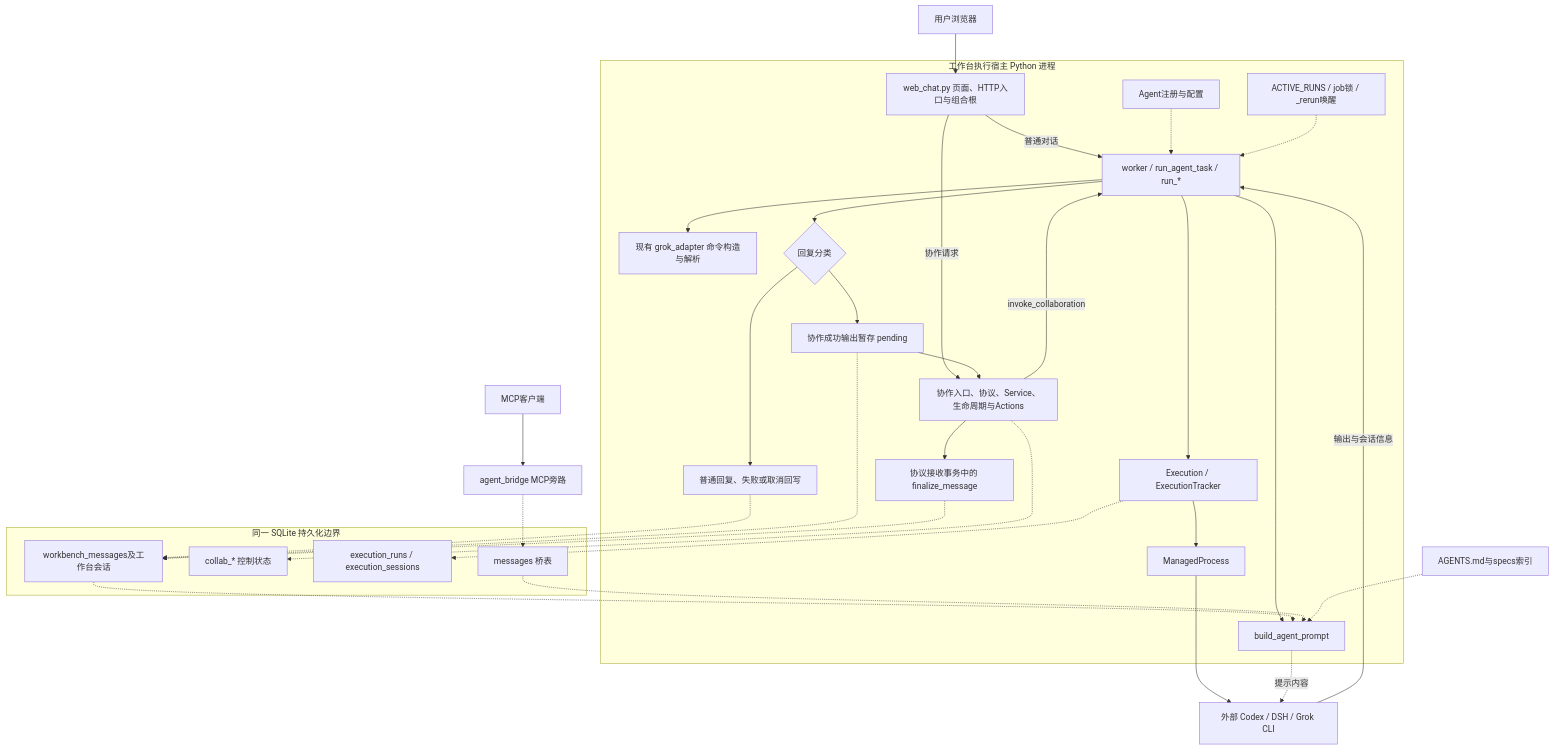
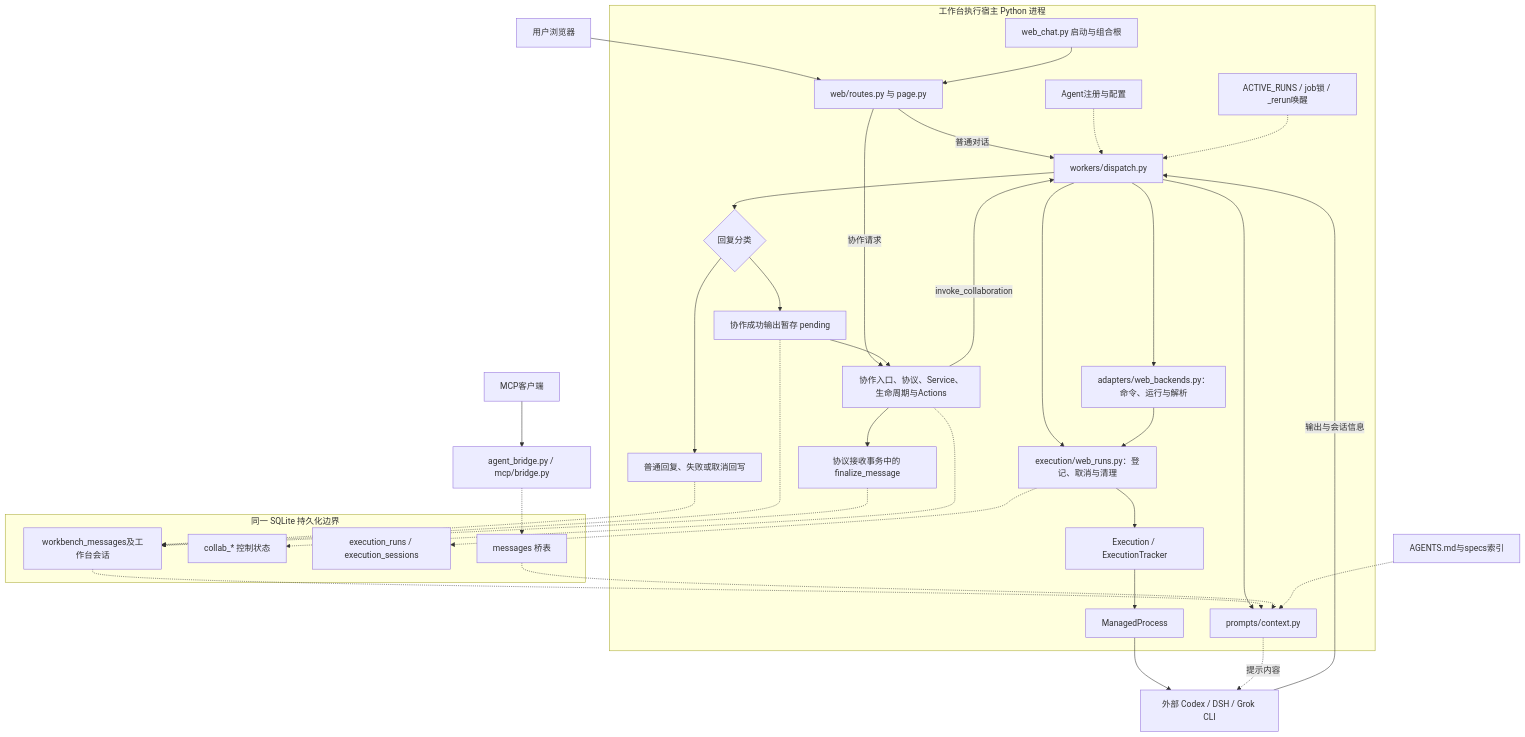
Before and after one commit to fuhongbing134/CoAgent: the diagram in docs/architecture/ARCHITECTURE.md, drawn with Mermaid. The commit also changed other lines of this file and 168 other files, not shown here.

````diff
--- a/docs/architecture/ARCHITECTURE.md
+++ b/docs/architecture/ARCHITECTURE.md
@@ -19,44 +19,47 @@
 ```mermaid
 flowchart TB
-  U["用户浏览器"] --> H
+  U["用户浏览器"] --> HTTP
 
   subgraph HOST["工作台执行宿主 Python 进程"]
-    H["web_chat.py 页面、HTTP入口与组合根"]
-    H -->|"普通对话"| W["worker / run_agent_task / run_*"]
-    H -->|"协作请求"| C["协作入口、协议、Service、生命周期与Actions"]
+    H["web_chat.py 启动与组合根"]
+    H --> HTTP["web/routes.py 与 page.py"]
+    HTTP -->|"普通对话"| W["workers/dispatch.py"]
+    HTTP -->|"协作请求"| C["协作入口、协议、Service、生命周期与Actions"]
     C -->|"invoke_collaboration"| W
-    W --> P["build_agent_prompt"]
-    W --> A["现有 grok_adapter 命令构造与解析"]
-    W --> E["Execution / ExecutionTracker"]
-    E --> M["ManagedProcess"]
+    W --> P["prompts/context.py"]
+    W --> A["adapters/web_backends.py：命令、运行与解析"]
+    W --> E["execution/web_runs.py：登记、取消与清理"]
+    A --> E
+    E --> T["Execution / ExecutionTracker"]
+    T --> M["ManagedProcess"]
     R["Agent注册与配置"] -.-> W
     N["ACTIVE_RUNS / job锁 / _rerun唤醒"] -.-> W
     W --> Q{"回复分类"}
     Q --> D["普通回复、失败或取消回写"]
     Q --> S["协作成功输出暂存 pending"]
     S --> C
     C --> F["协议接收事务中的 finalize_message"]
   end
 
   M --> CLI["外部 Codex / DSH / Grok CLI"]
   CLI -->|"输出与会话信息"| W
 
   subgraph DB["同一 SQLite 持久化边界"]
     WM["workbench_messages及工作台会话"]
     CB["collab_* 控制状态"]
     ER["execution_runs / execution_sessions"]
     MG["messages 桥表"]
   end
 
   D -.-> WM
   S -.-> WM
   F -.-> WM
   C -.-> CB
   E -.-> ER
   WM -.-> P
   MG -.-> P
   SP["AGENTS.md与specs索引"] -.-> P
   P -.->|"提示内容"| CLI
-  MC["MCP客户端"] --> B["agent_bridge MCP旁路"]
+  MC["MCP客户端"] --> B["agent_bridge.py / mcp/bridge.py"]
   B -.-> MG
 ```
````
